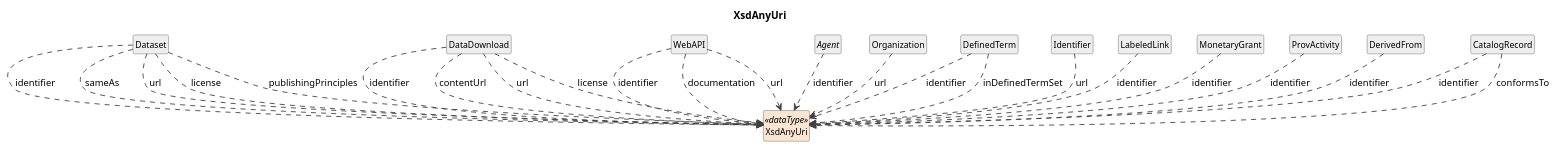
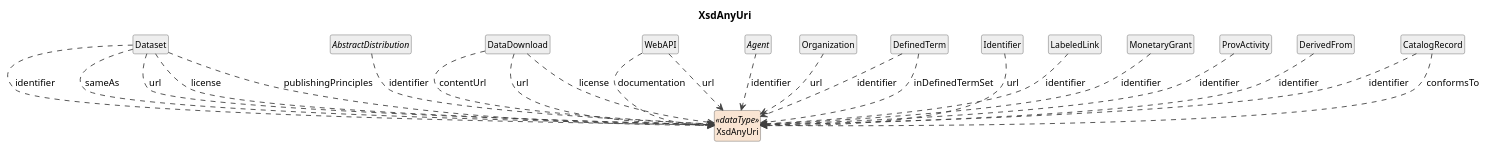
The diagram in build/plantuml/cdifCore/DataTypes/XsdAnyUri.pu (Cross-Domain-Interoperability-Framework/metadataBuildingBlocks), drawn with PlantUML before and after one commit. The commit also changed 64 other files, not shown here.

```diff
--- a/build/plantuml/cdifCore/DataTypes/XsdAnyUri.pu
+++ b/build/plantuml/cdifCore/DataTypes/XsdAnyUri.pu
@@ -1,50 +1,50 @@
 @startuml
 title XsdAnyUri
 hide circle
 hide empty members
 skinparam shadowing false
 skinparam ArrowThickness 1.2
 skinparam class {
   ArrowColor #404040
   BorderColor #404040
   FontSize 12
 }
 
 class "XsdAnyUri" as XsdAnyUri <<dataType>> #FAE5D3
 class "Dataset" as Dataset #EEEEEE
 Dataset ..> XsdAnyUri : identifier
 Dataset ..> XsdAnyUri : sameAs
 Dataset ..> XsdAnyUri : url
 Dataset ..> XsdAnyUri : license
 Dataset ..> XsdAnyUri : publishingPrinciples
+abstract class "AbstractDistribution" as AbstractDistribution #EEEEEE
+AbstractDistribution ..> XsdAnyUri : identifier
 class "DataDownload" as DataDownload #EEEEEE
-DataDownload ..> XsdAnyUri : identifier
 DataDownload ..> XsdAnyUri : contentUrl
 DataDownload ..> XsdAnyUri : url
 DataDownload ..> XsdAnyUri : license
 class "WebAPI" as WebAPI #EEEEEE
-WebAPI ..> XsdAnyUri : identifier
 WebAPI ..> XsdAnyUri : documentation
 WebAPI ..> XsdAnyUri : url
 abstract class "Agent" as Agent #EEEEEE
 Agent ..> XsdAnyUri : identifier
 class "Organization" as Organization #EEEEEE
 Organization ..> XsdAnyUri : url
 class "DefinedTerm" as DefinedTerm #EEEEEE
 DefinedTerm ..> XsdAnyUri : identifier
 DefinedTerm ..> XsdAnyUri : inDefinedTermSet
 class "Identifier" as Identifier #EEEEEE
 Identifier ..> XsdAnyUri : url
 class "LabeledLink" as LabeledLink #EEEEEE
 LabeledLink ..> XsdAnyUri : identifier
 class "MonetaryGrant" as MonetaryGrant #EEEEEE
 MonetaryGrant ..> XsdAnyUri : identifier
 class "ProvActivity" as ProvActivity #EEEEEE
 ProvActivity ..> XsdAnyUri : identifier
 class "DerivedFrom" as DerivedFrom #EEEEEE
 DerivedFrom ..> XsdAnyUri : identifier
 class "CatalogRecord" as CatalogRecord #EEEEEE
 CatalogRecord ..> XsdAnyUri : identifier
 CatalogRecord ..> XsdAnyUri : conformsTo
 
 @enduml
```
